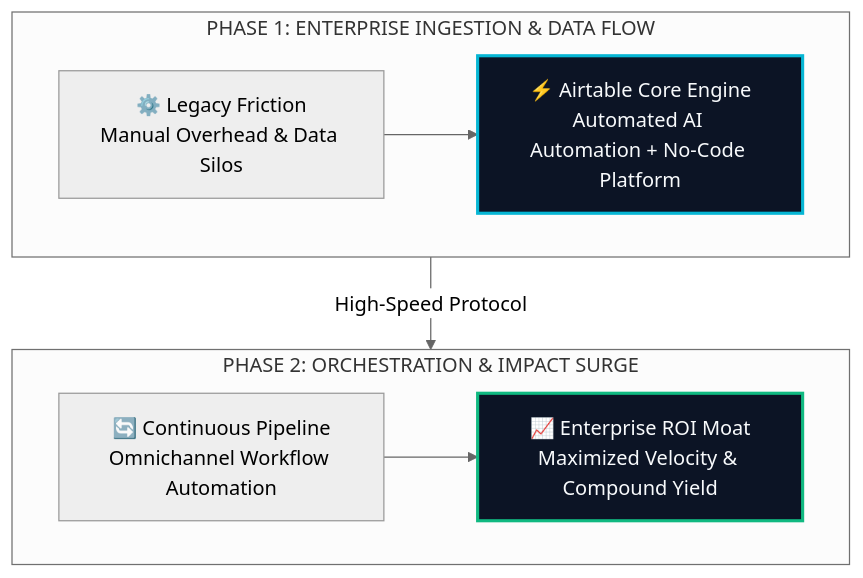
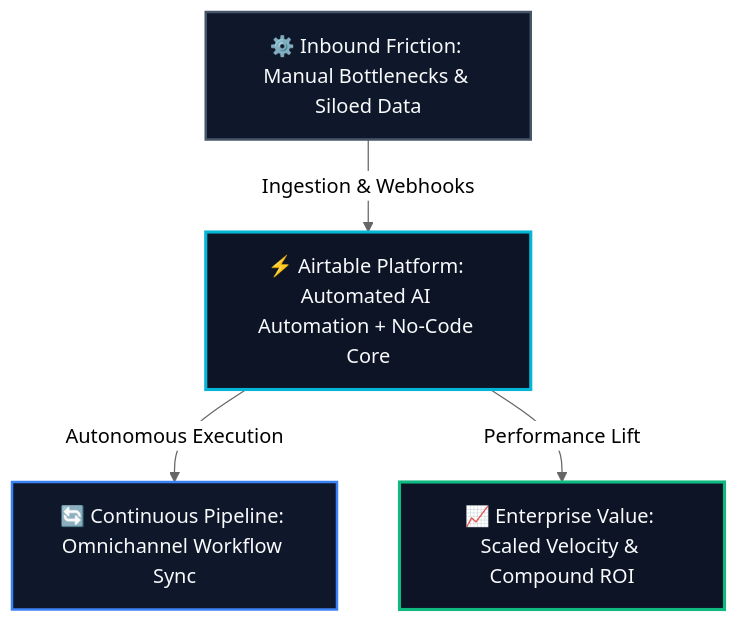
The diagram in site/src/content/blog/airtable.md (heliatech-media/saas-radar), drawn with Mermaid (neutral theme) before and after one commit. The commit also changed 93 other files, not shown here.

First line of the commit message:
fix(diagrams): resolve dagre-d3 subgraph collision by migrating to balanced 3-tier Hub & Spoke architecture

````diff
--- a/site/src/content/blog/airtable.md
+++ b/site/src/content/blog/airtable.md
@@ -63,14 +63,14 @@
 ```mermaid
 flowchart TD
-    subgraph S1["PHASE 1: ENTERPRISE INGESTION & DATA FLOW"]
-        direction LR
-        A["⚙️ Legacy Friction<br/>Manual Overhead & Data Silos"] --> B["⚡ Airtable Core Engine<br/>Automated AI Automation + No-Code Platform"]
-    end
-    subgraph S2["PHASE 2: ORCHESTRATION & IMPACT SURGE"]
-        direction LR
-        C["🔄 Continuous Pipeline<br/>Omnichannel Workflow Automation"] --> D["📈 Enterprise ROI Moat<br/>Maximized Velocity & Compound Yield"]
-    end
-    S1 -->|High-Speed Protocol| S2
-    style B fill:#0c1425,stroke:#06b6d4,stroke-width:2.5px,color:#f8fafc
-    style D fill:#0c1425,stroke:#10b981,stroke-width:2.5px,color:#f8fafc
+    Inp["⚙️ Inbound Friction: Manual Bottlenecks & Siloed Data"]
+    Eng["⚡ Airtable Platform: Automated AI Automation + No-Code Core"]
+    Out1["🔄 Continuous Pipeline: Omnichannel Workflow Sync"]
+    Out2["📈 Enterprise Value: Scaled Velocity & Compound ROI"]
+    Inp -->|Ingestion & Webhooks| Eng
+    Eng -->|Autonomous Execution| Out1
+    Eng -->|Performance Lift| Out2
+    style Inp fill:#0f172a,stroke:#475569,stroke-width:2px,color:#f8fafc
+    style Eng fill:#0c1425,stroke:#06b6d4,stroke-width:2.5px,color:#f8fafc
+    style Out1 fill:#0f172a,stroke:#3b82f6,stroke-width:2px,color:#f8fafc
+    style Out2 fill:#0c1425,stroke:#10b981,stroke-width:2.5px,color:#f8fafc
 ```
````
